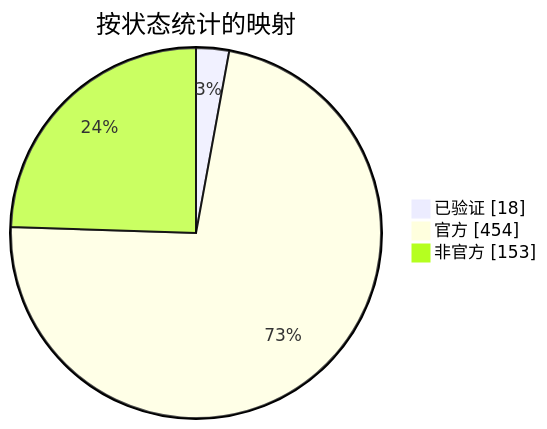
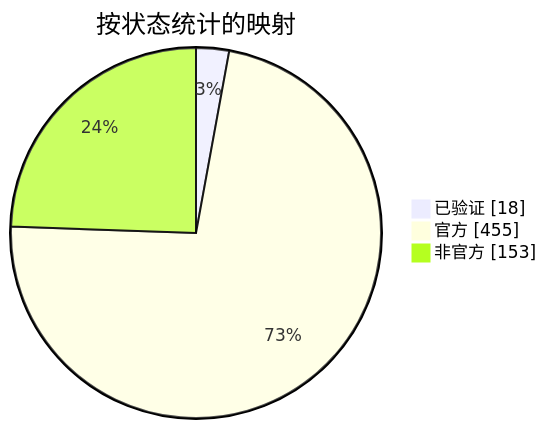
Before and after one commit to nobrega8/mbmap-library: the diagram in docs/readme/README_ZHS.md, drawn with Mermaid. The commit also changed 6 other files, not shown here.

````diff
--- a/docs/readme/README_ZHS.md
+++ b/docs/readme/README_ZHS.md
@@ -54,7 +54,7 @@
 ```mermaid
 pie showData
     title 按状态统计的映射
     "已验证" : 18
-    "官方" : 454
+    "官方" : 455
     "非官方" : 153
 ```
````
